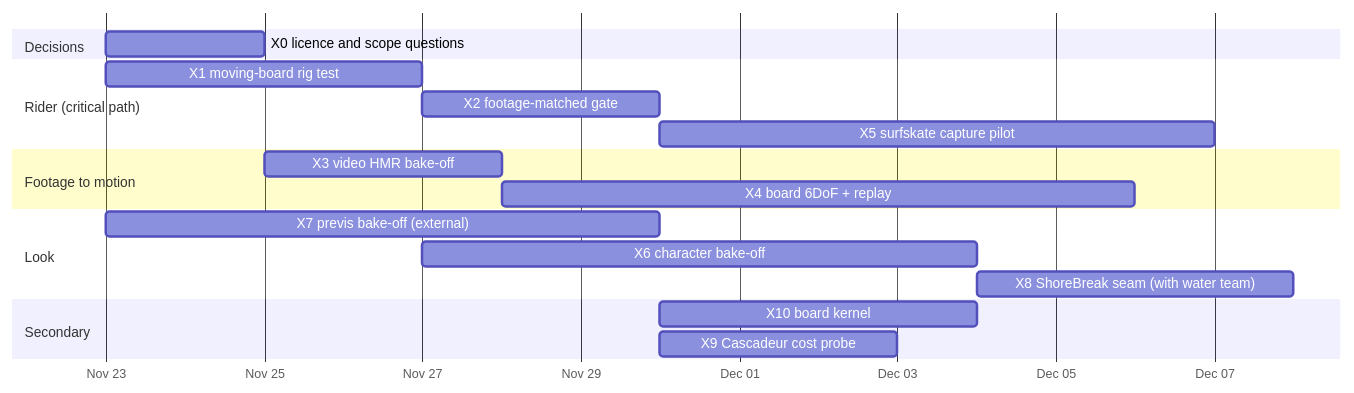
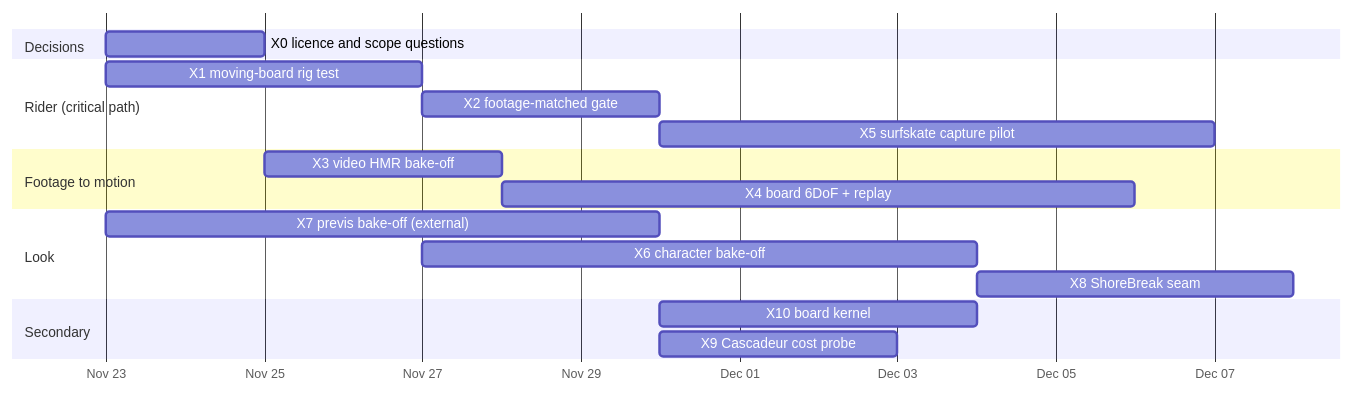
One commit to trellos/BlueCurl changed the diagram in docs/research/11-experiments.md. Above: the diagram before and after it, drawn with Mermaid. The commit also changed other lines of this file and 3 other files, not shown here.

````diff
--- a/docs/research/11-experiments.md
+++ b/docs/research/11-experiments.md
@@ -165,21 +164,21 @@
 ```mermaid
 gantt
   dateFormat  YYYY-MM-DD
   axisFormat  %b %d
   section Decisions
   X0 licence and scope questions      :x0, 2026-11-23, 2d
   section Rider (critical path)
   X1 moving-board rig test            :x1, 2026-11-23, 4d
   X2 footage-matched gate             :x2, after x1, 3d
   X5 surfskate capture pilot          :x5, after x2, 7d
   section Footage to motion
   X3 video HMR bake-off               :x3, 2026-11-25, 3d
   X4 board 6DoF + replay              :x4, after x3, 8d
   section Look
   X7 previs bake-off (external)       :x7, 2026-11-23, 7d
   X6 character bake-off               :x6, after x1, 7d
-  X8 ShoreBreak seam (with water team):x8, after x6, 4d
+  X8 ShoreBreak seam:x8, after x6, 4d
   section Secondary
   X10 board kernel                    :x10, 2026-11-30, 4d
   X9 Cascadeur cost probe             :x9, after x7, 3d
 ```
````
